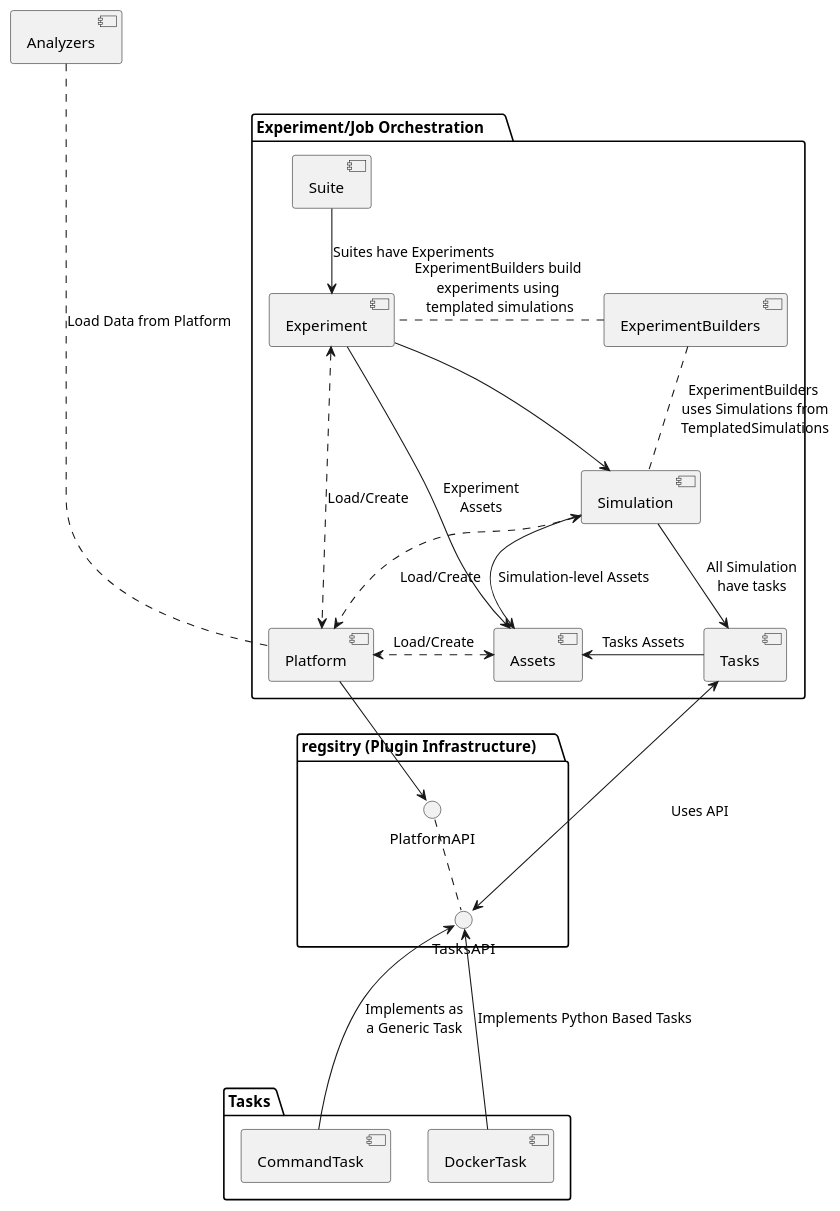
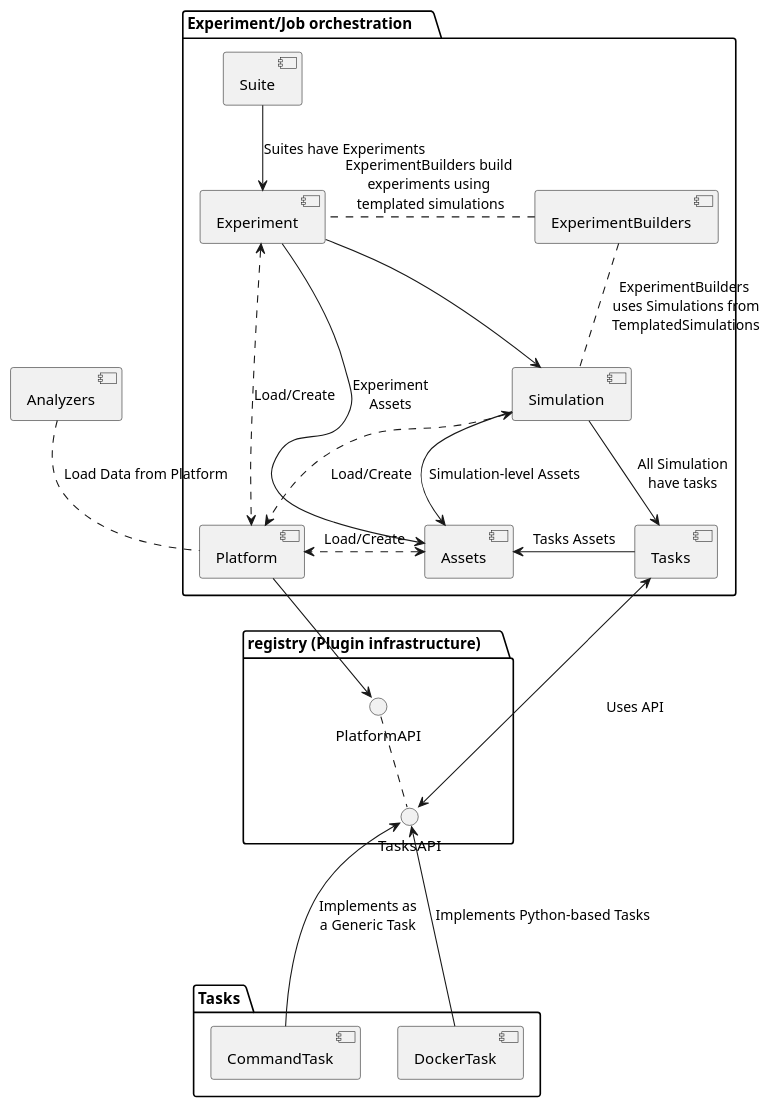
One commit to shchen-idmod/idmtools-1 changed the diagram in diagrams/core.puml. Above: the diagram before and after it, drawn with PlantUML. The commit also changed 7 other files, not shown here.

Commit message:
architecture docs, updates to diagrams

```diff
--- a/diagrams/core.puml
+++ b/diagrams/core.puml
@@ -1,41 +1,41 @@
 @startuml
 
 [Analyzers]
-package "Experiment/Job Orchestration     " as ejo {
+package "Experiment/Job orchestration     " as ejo {
     [Assets]
     [Experiment]
     [ExperimentBuilders]
     [Simulation]
     [Tasks]
     [Platform]
     [Suite]
 }
 
-
-package "regsitry (Plugin Infrastructure)     " as regsitry {
+package "registry (Plugin infrastructure)     " as registry {
     () "PlatformAPI" as PlatformAPI
     () "TasksAPI" as TasksAPI
 }
+
 package "Tasks " as tasks {
   [CommandTask]
   [DockerTask]
 }
 
-Analyzers ..... Platform: Load Data from Platform
+Analyzers .. Platform: Load Data from Platform
 ExperimentBuilders . Experiment: ExperimentBuilders build \nexperiments using \ntemplated simulations
 ExperimentBuilders . Simulation : ExperimentBuilders\n uses Simulations from\n TemplatedSimulations
 Platform --> PlatformAPI
 PlatformAPI .. TasksAPI
 [Suite] -down-> Experiment : Suites have Experiments
 [Assets] <.> Platform : Load/Create
 [Experiment] <.down.> Platform : Load/Create
 [Experiment] -down-> Simulation
 [Experiment] -right-> [Assets] : Experiment\nAssets
 [Simulation] -> Assets: Simulation-level Assets
 [Simulation] <.> Platform : Load/Create
 [Simulation] -down-> [Tasks] : All Simulation\nhave tasks
 [Tasks] -> Assets : Tasks Assets
 [Tasks] <---> TasksAPI : Uses API
 TasksAPI <-right-- CommandTask : Implements as\na Generic Task
-TasksAPI <-down-- DockerTask: Implements Python Based Tasks
+TasksAPI <-down-- DockerTask: Implements Python-based Tasks
 @enduml
```
